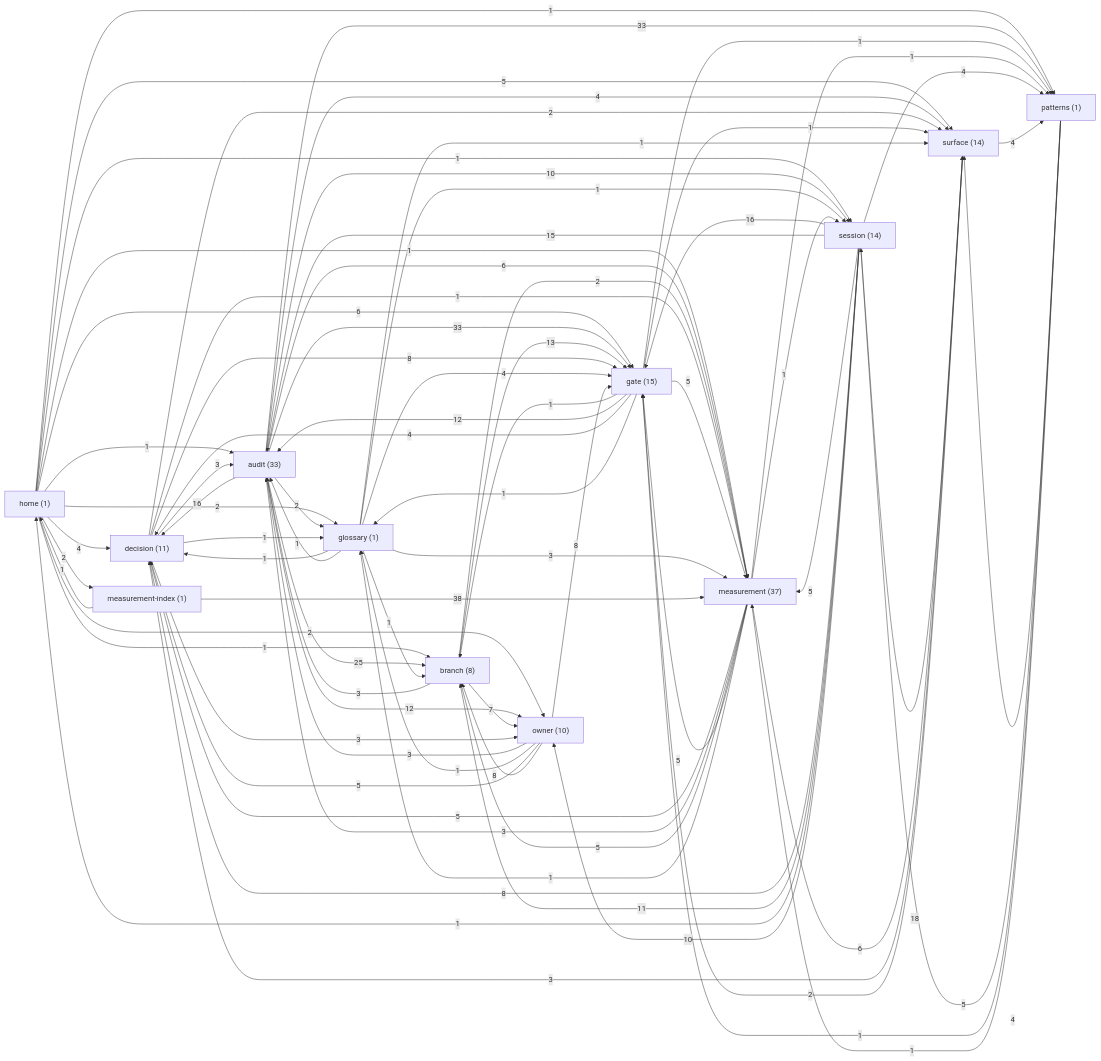
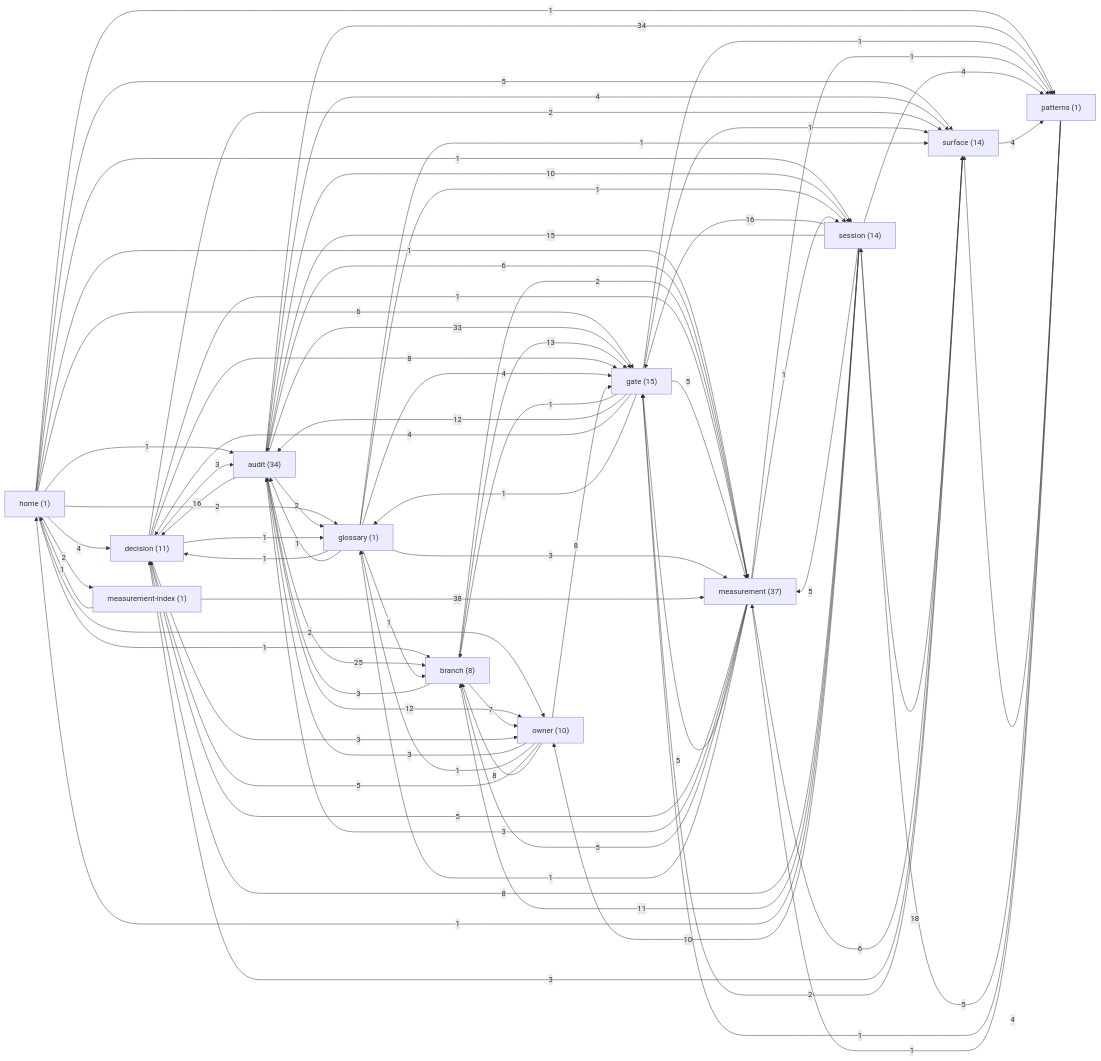
One commit to sergey9519546/STORYMACHINE changed the diagram in docs/brain/GRAPH.md. Above: the diagram before and after it, drawn with Mermaid. The commit also changed other lines of this file and 1 other file, not shown here.

Commit message:
docs(brain): regenerate graph for dead-weight-b1-b2 audit note
Claude-Session: https://claude.ai/code/session_018Z5iZ1M9Z1KR3tDYhxUKGd

````diff
--- a/docs/brain/GRAPH.md
+++ b/docs/brain/GRAPH.md
@@ -9,7 +9,7 @@
 ```mermaid
 graph LR
   home["home (1)"]
-  audit["audit (33)"]
+  audit["audit (34)"]
   branch["branch (8)"]
   decision["decision (11)"]
   gate["gate (15)"]
@@ -36,7 +36,7 @@
   audit -->|25| branch
   audit -->|33| gate
   audit -->|16| decision
-  audit -->|33| patterns
+  audit -->|34| patterns
   audit -->|12| owner
   audit -->|4| surface
   audit -->|6| measurement
````
